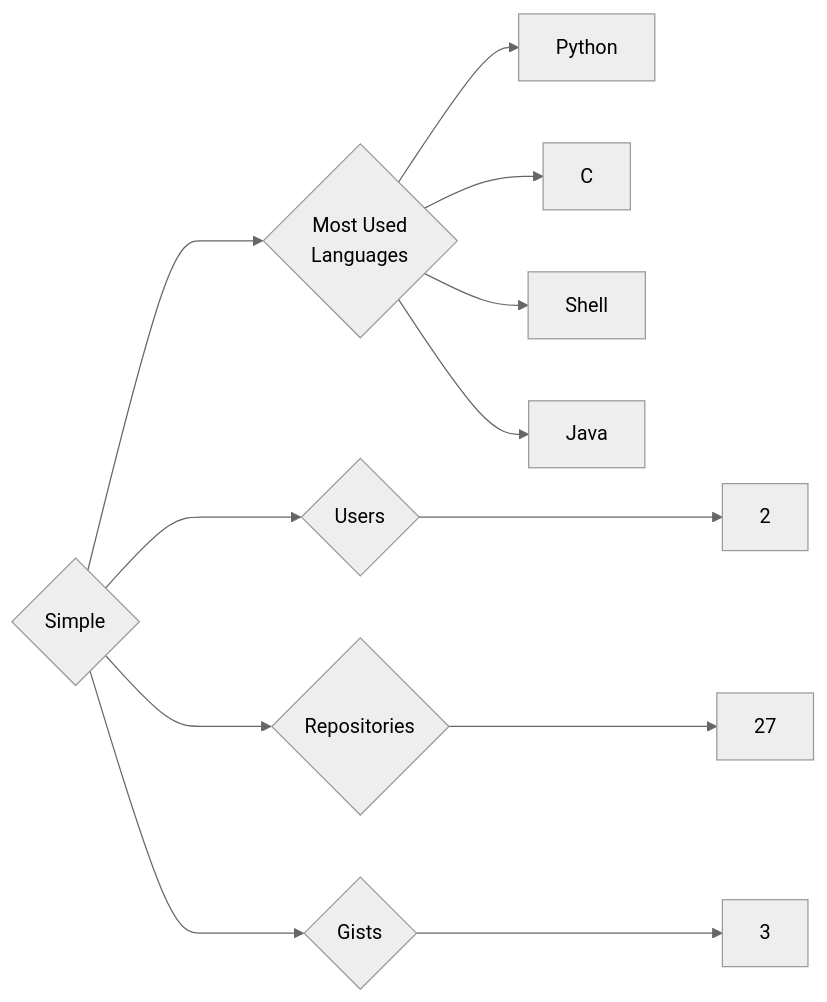
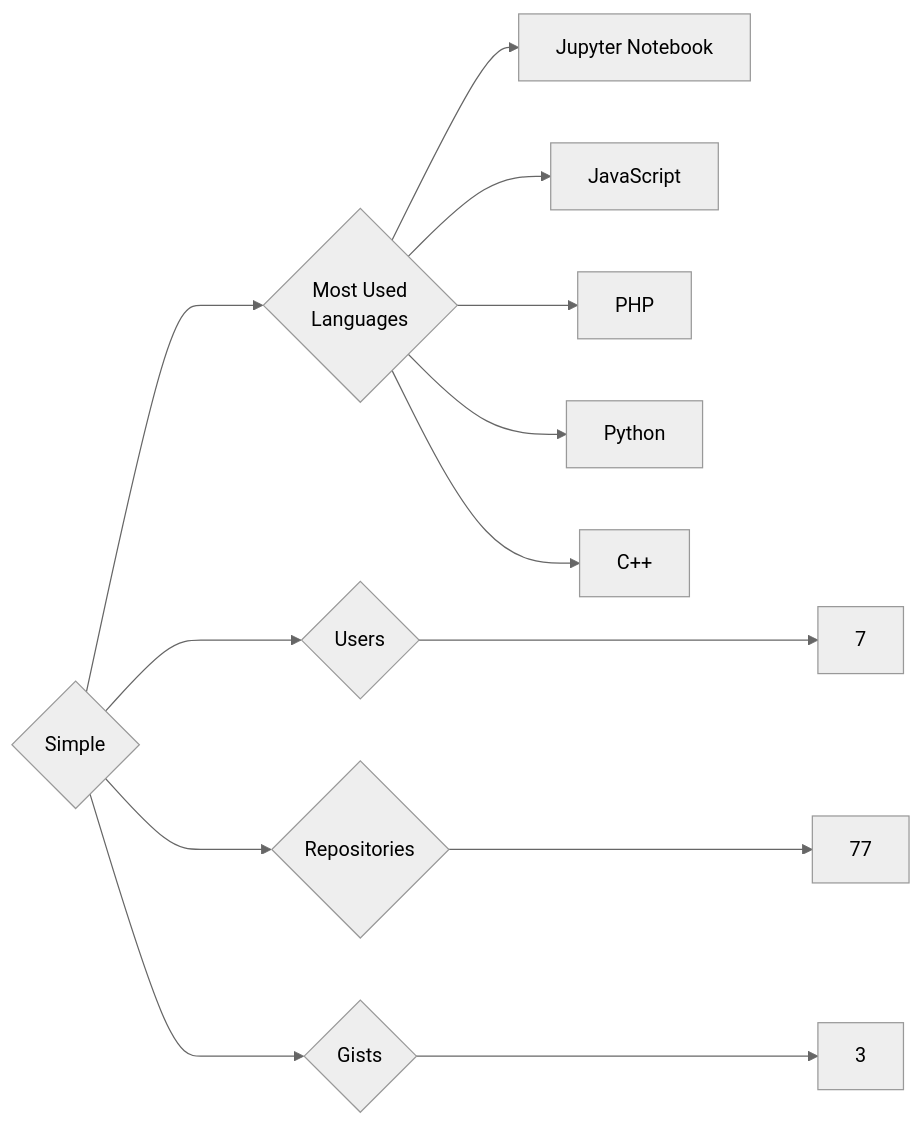
One commit to trickest/insiders changed the diagram in targets/Simple/README.md. Above: the diagram before and after it, drawn with Mermaid (neutral theme). The commit also changed 878 other files, not shown here.

````diff
--- a/targets/Simple/README.md
+++ b/targets/Simple/README.md
@@ -3,12 +3,13 @@
 ```mermaid
 graph LR
 COMPANY_NAME{Simple}
-COMPANY_NAME ---> U{Users} ---> UN[2]
-COMPANY_NAME ---> R{Repositories} ---> RN[27]
+COMPANY_NAME ---> U{Users} ---> UN[7]
+COMPANY_NAME ---> R{Repositories} ---> RN[77]
 COMPANY_NAME ---> G{Gists} ---> GN[3]
 COMPANY_NAME ---> ML{Most Used<br>Languages}
+ML --> Jupyter_Notebook[Jupyter Notebook]
+ML --> JavaScript[JavaScript]
+ML --> PHP[PHP]
 ML --> Python[Python]
-ML --> C[C]
-ML --> Shell[Shell]
-ML --> Java[Java]
+ML --> C++[C++]
 ```
````
